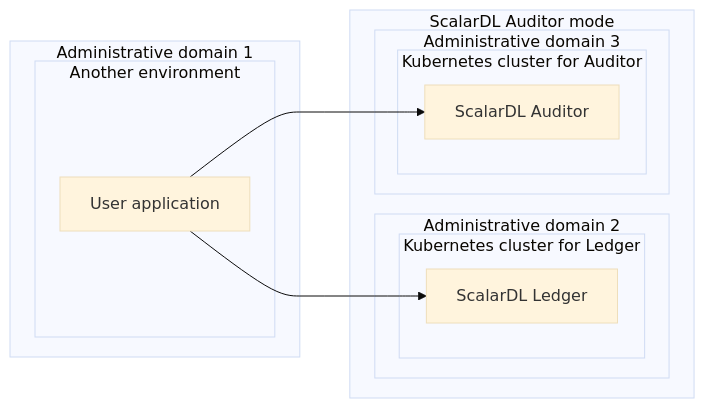
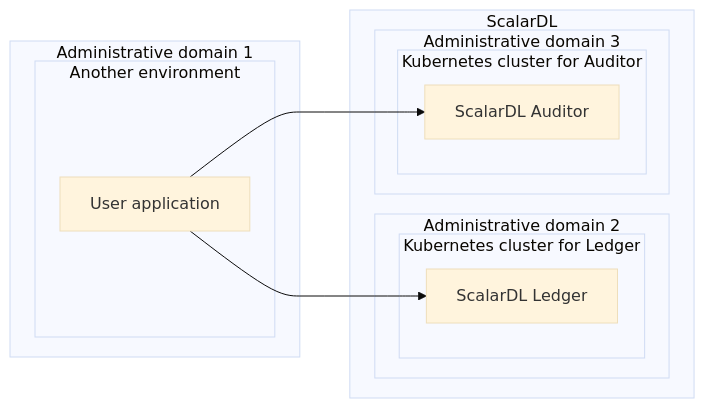
The fourth of 5 diagrams in docs/ProductionChecklistForScalarDLAuditor.md (scalar-labs/scalar-kubernetes), drawn with Mermaid (base theme) before and after one commit. The commit also changed other lines of this file, not shown here.

````diff
--- a/docs/ProductionChecklistForScalarDLAuditor.md
+++ b/docs/ProductionChecklistForScalarDLAuditor.md
@@ -133,22 +133,22 @@
 ```mermaid
 graph LR
   subgraph "Administrative domain 1"
     subgraph "Another environment"
       A-1[User application]
     end
   end
-  subgraph "ScalarDL Auditor mode"
+  subgraph "ScalarDL"
     subgraph "Administrative domain 2"
       subgraph "Kubernetes cluster for Ledger"
         B-1[ScalarDL Ledger]
       end
     end
     subgraph "Administrative domain 3"
       subgraph "Kubernetes cluster for Auditor"
         C-1[ScalarDL Auditor]
       end
     end
   end
   A-1 --> B-1
   A-1 --> C-1
 ```
````
